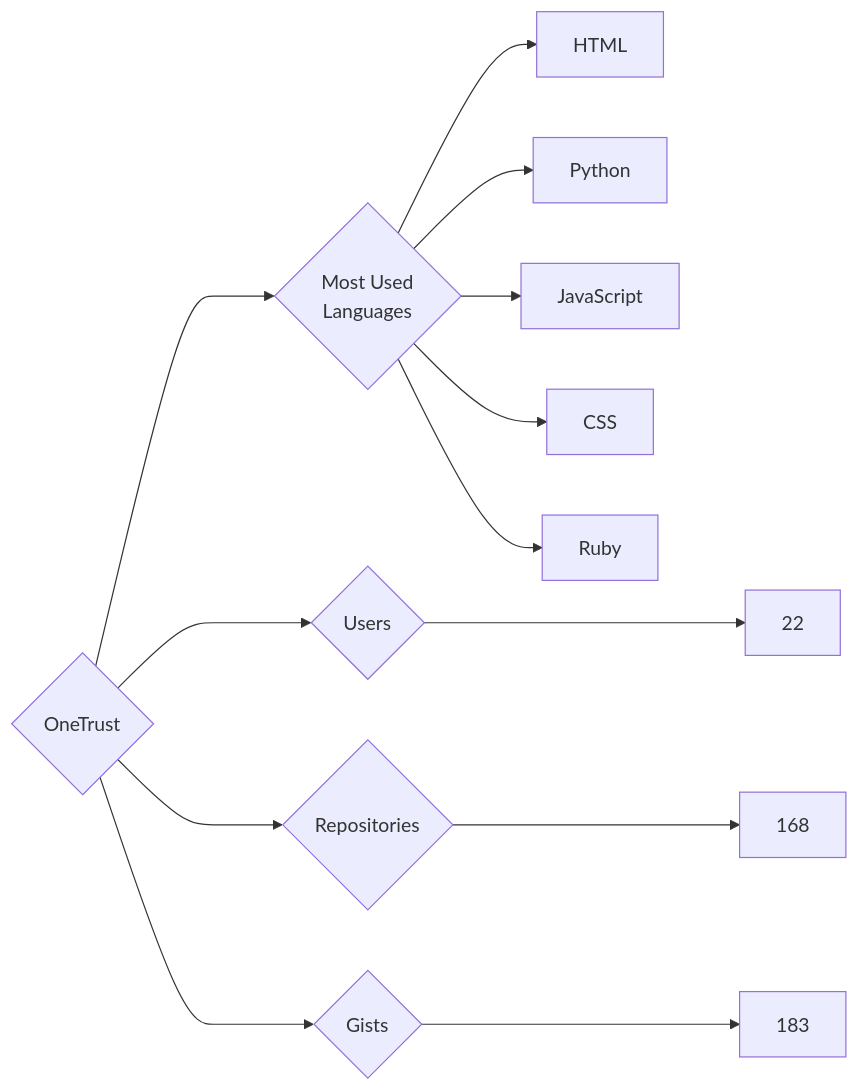
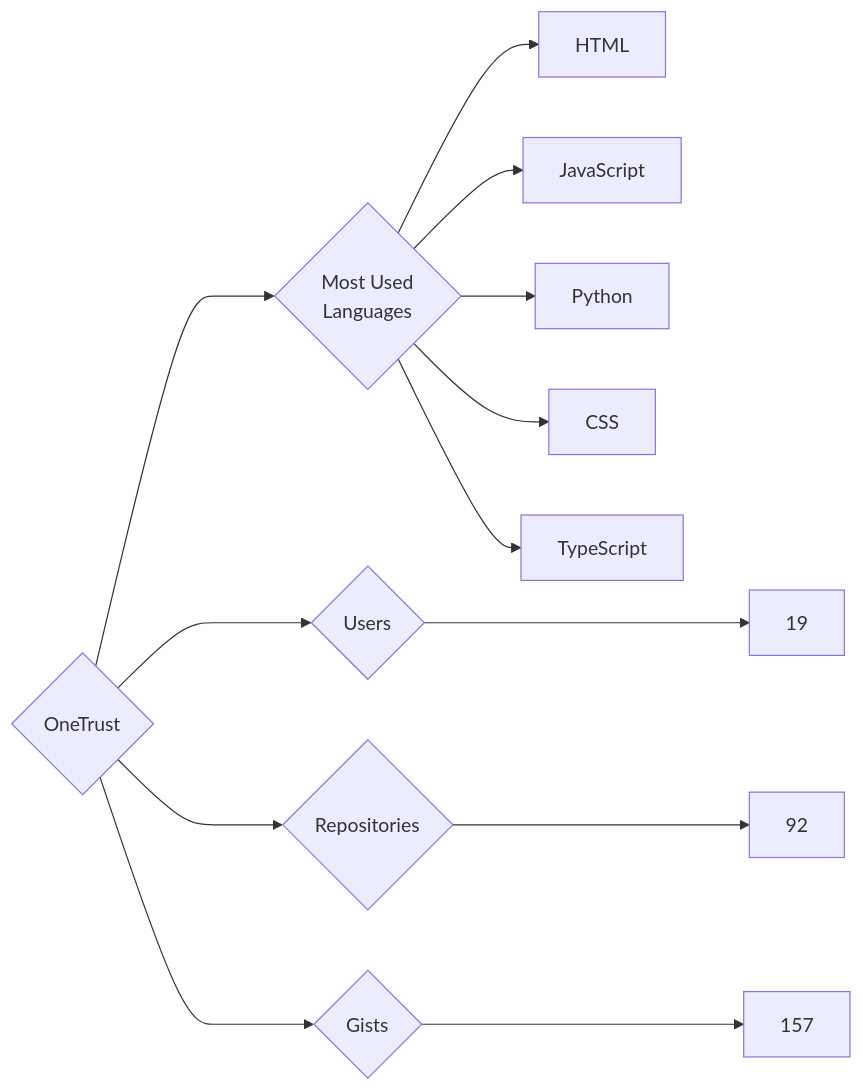
Before and after one commit to trickest/insiders: the diagram in targets/OneTrust/README.md, drawn with Mermaid. The commit also changed 851 other files, not shown here.

````diff
--- a/targets/OneTrust/README.md
+++ b/targets/OneTrust/README.md
@@ -3,13 +3,13 @@
 ```mermaid
 graph LR
 COMPANY_NAME{OneTrust}
-COMPANY_NAME ---> U{Users} ---> UN[22]
-COMPANY_NAME ---> R{Repositories} ---> RN[168]
-COMPANY_NAME ---> G{Gists} ---> GN[183]
+COMPANY_NAME ---> U{Users} ---> UN[19]
+COMPANY_NAME ---> R{Repositories} ---> RN[92]
+COMPANY_NAME ---> G{Gists} ---> GN[157]
 COMPANY_NAME ---> ML{Most Used<br>Languages}
 ML --> HTML[HTML]
+ML --> JavaScript[JavaScript]
 ML --> Python[Python]
-ML --> JavaScript[JavaScript]
 ML --> CSS[CSS]
-ML --> Ruby[Ruby]
+ML --> TypeScript[TypeScript]
 ```
````
